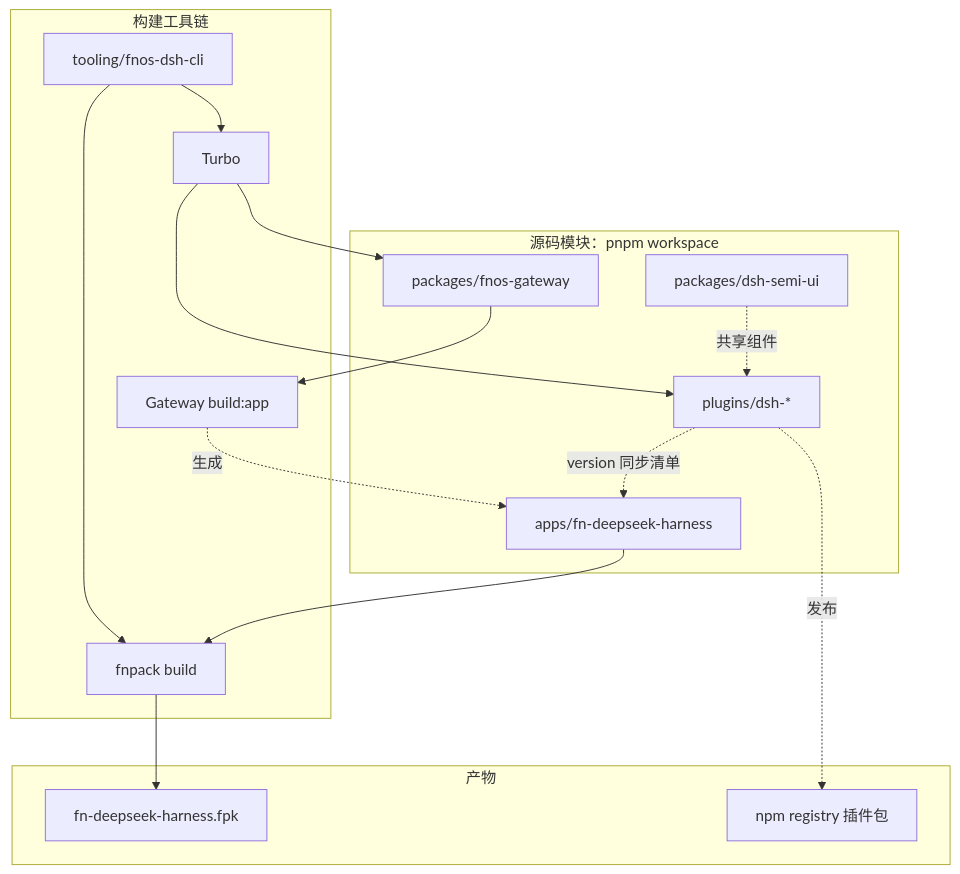
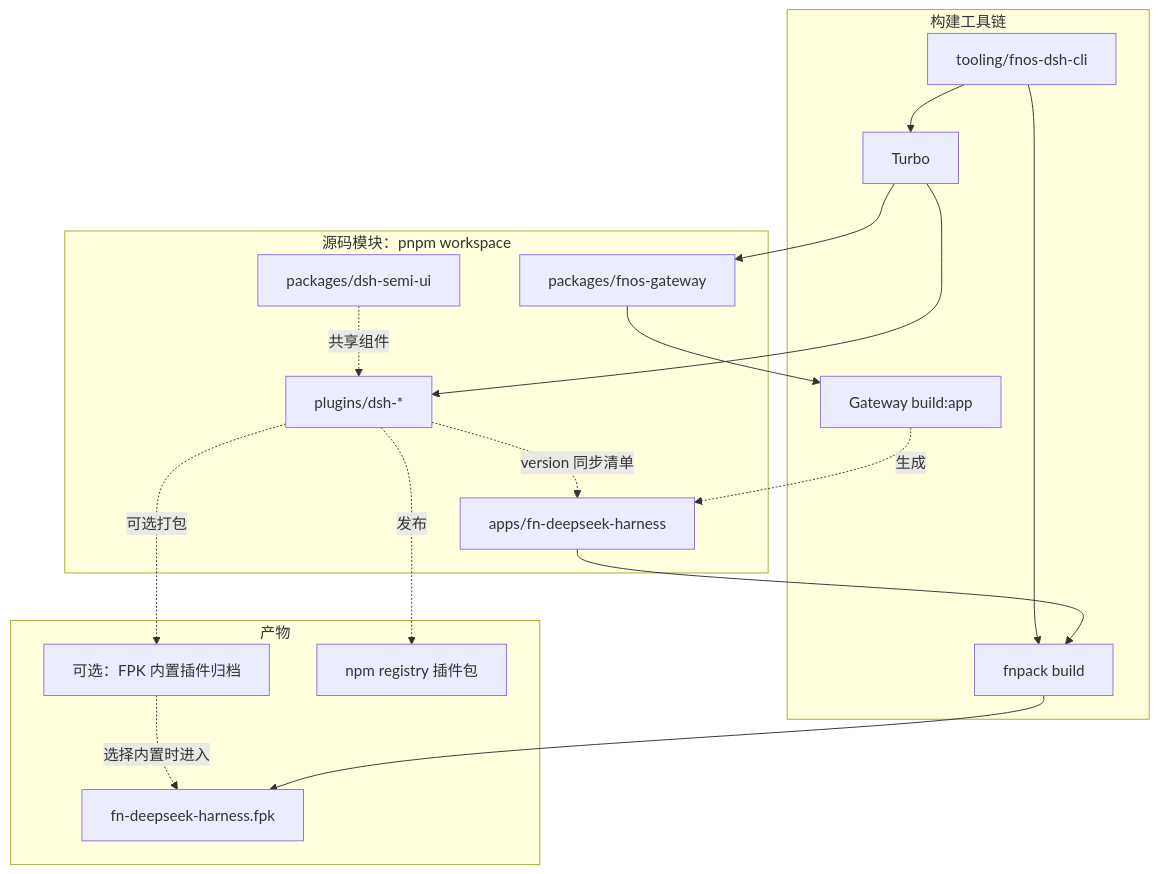
One commit to FNOSP/fnos-dsh changed the first of 2 diagrams in docs/development/app-structure.md. Above: the diagram before and after it, drawn with Mermaid. The commit also changed other lines of this file and 1 other file, not shown here.

Commit message:
docs: align development guide with current plugin flow

````diff
--- a/docs/development/app-structure.md
+++ b/docs/development/app-structure.md
@@ -13,33 +13,36 @@
 ```mermaid
 flowchart TB
   subgraph workspaces["源码模块：pnpm workspace"]
     appSrc["apps/fn-deepseek-harness"]
     gatewaySrc["packages/fnos-gateway"]
     semiSrc["packages/dsh-semi-ui"]
     pluginSrc["plugins/dsh-*"]
   end
 
   subgraph toolchain["构建工具链"]
     cli["tooling/fnos-dsh-cli"]
     turbo["Turbo"]
     gatewayBuild["Gateway build:app"]
     fnpack["fnpack build"]
   end
 
   subgraph outputs["产物"]
     fpk["fn-deepseek-harness.fpk"]
+    pluginArchives["可选：FPK 内置插件归档"]
     npmPkg["npm registry 插件包"]
   end
 
   cli --> turbo
   cli --> fnpack
   turbo --> gatewaySrc
   turbo --> pluginSrc
   semiSrc -.->|共享组件| pluginSrc
   gatewaySrc --> gatewayBuild
   gatewayBuild -.->|生成| appSrc
   pluginSrc -.->|version 同步清单| appSrc
+  pluginSrc -.->|可选打包| pluginArchives
   pluginSrc -.->|发布| npmPkg
+  pluginArchives -.->|选择内置时进入| fpk
   appSrc --> fnpack
   fnpack --> fpk
 ```
````
